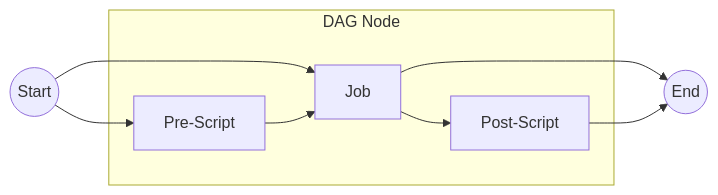
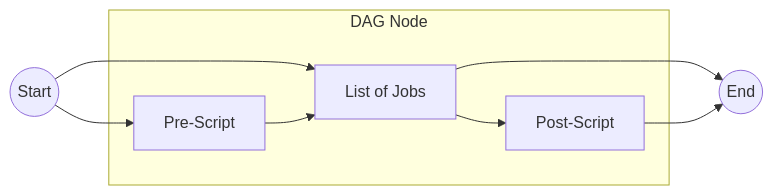
One commit to htcondor/htcondor changed the first of 3 diagrams in docs/automated-workflows/dagman-introduction.rst. Above: the diagram before and after it, drawn with Mermaid. The commit also changed other lines of this file and 7 other files, not shown here.

```diff
--- a/docs/automated-workflows/dagman-introduction.rst
+++ b/docs/automated-workflows/dagman-introduction.rst
@@ -32,12 +33,12 @@
 .. mermaid::
    :align: center
 
    flowchart LR
-    Start((Start)) --> Job
+    Start((Start)) --> JOBS
     Start --> PRE[Pre-Script]
     subgraph DAG Node
-    PRE --> Job
-    Job --> POST[Post-Script]
+    PRE --> JOBS[List of Jobs]
+    JOBS --> POST[Post-Script]
     end
-    Job --> End((End))
+    JOBS --> End((End))
     POST --> End((End))
```
